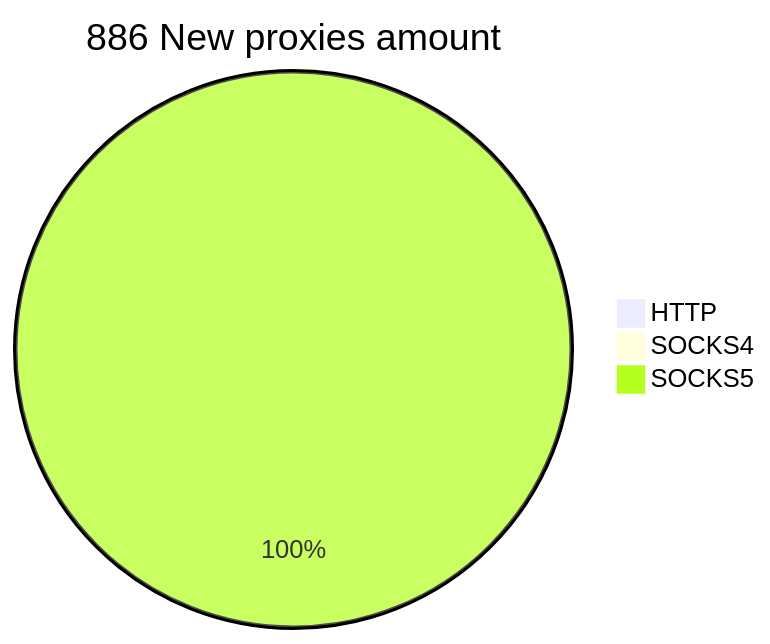
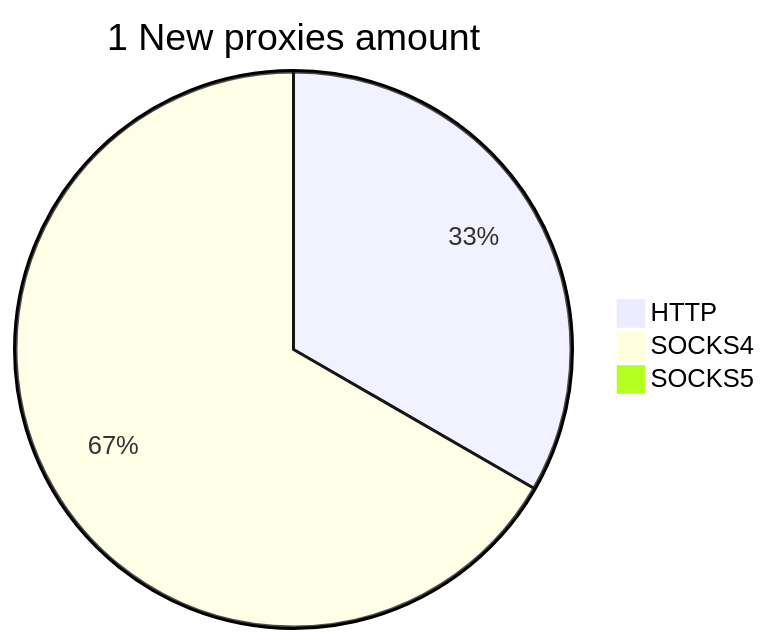
The second of 2 diagrams in README.md (cutipu/proxylist), drawn with Mermaid before and after one commit. The commit also changed other lines of this file, not shown here.

````diff
--- a/README.md
+++ b/README.md
@@ -10,6 +10,6 @@
 ```mermaid
-pie title 886 New proxies amount
-    "HTTP" : 0
-    "SOCKS4" : 0
-    "SOCKS5" : 886
+pie title 1 New proxies amount
+    "HTTP" : 1
+    "SOCKS4" : 2
+    "SOCKS5" : 0
 ```
````
